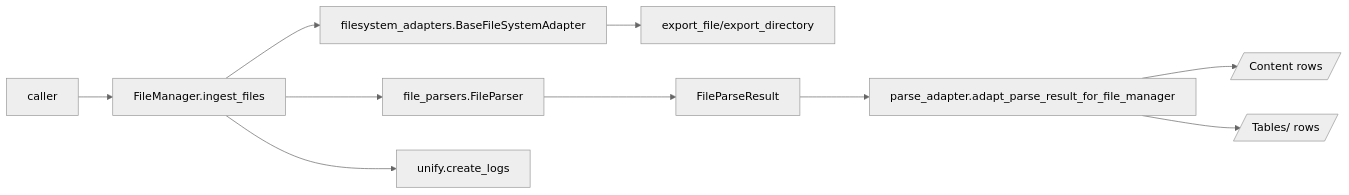
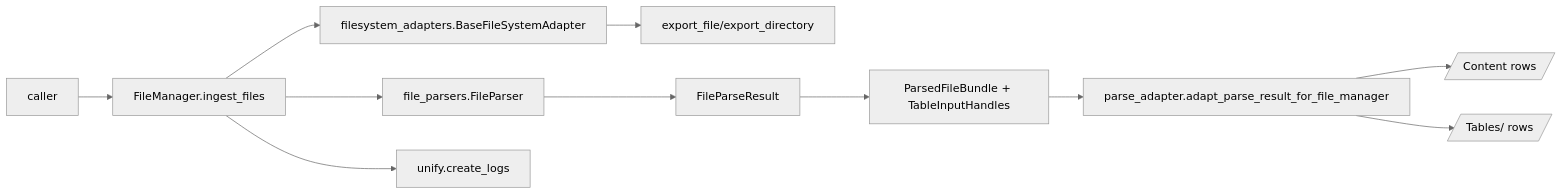
The diagram in unity/file_manager/README.md (unifyai/unity), drawn with Mermaid (neutral theme) before and after one commit. The commit also changed other lines of this file, not shown here.

First line of the commit message:
docs(file-manager): update README for pipeline, attachment ingestion, and deployment bundles

````diff
--- a/unity/file_manager/README.md
+++ b/unity/file_manager/README.md
@@ -48,12 +51,13 @@
 ```mermaid
 flowchart LR
   Caller[caller]-->FM[FileManager.ingest_files]
   FM-->FS[filesystem_adapters.BaseFileSystemAdapter]
   FS-->Export[export_file/export_directory]
   FM-->FP[file_parsers.FileParser]
   FP-->PR[FileParseResult]
-  PR-->PA[parse_adapter.adapt_parse_result_for_file_manager]
+  PR-->PFB[ParsedFileBundle + TableInputHandles]
+  PFB-->PA[parse_adapter.adapt_parse_result_for_file_manager]
   PA-->Rows[/Content rows/]
   PA-->Tables[/Tables/<label> rows/]
   FM-->Ingest[unify.create_logs]
 ```
````
